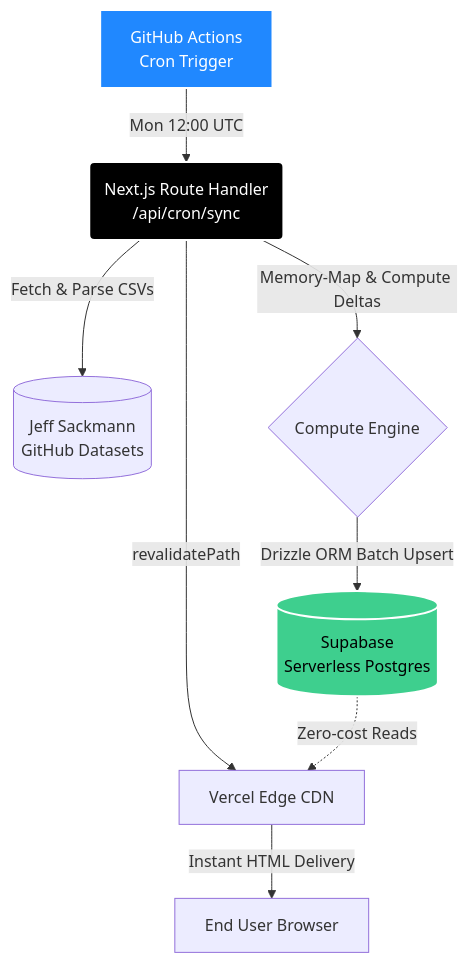
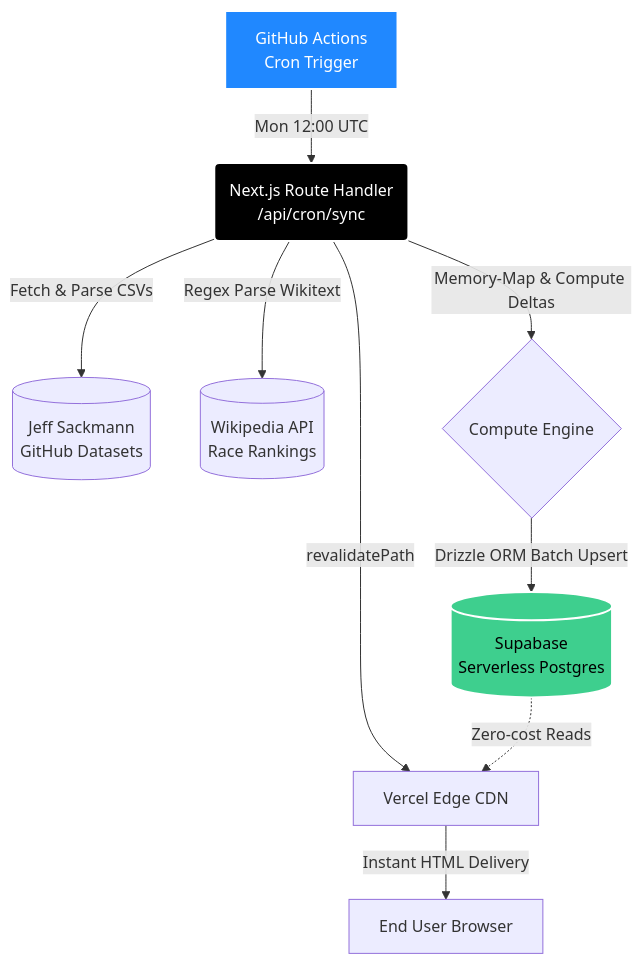
The diagram in README.md (icapsule/VTAWEB), drawn with Mermaid before and after one commit. The commit also changed other lines of this file and 2 other files, not shown here.

Commit message:
docs: update architecture specs with new wikipedia integration

````diff
--- a/README.md
+++ b/README.md
@@ -36,18 +36,19 @@
 ```mermaid
 graph TD
     A[GitHub Actions<br>Cron Trigger] -->|Mon 12:00 UTC| B(Next.js Route Handler<br>/api/cron/sync)
     B -->|Fetch & Parse CSVs| C[(Jeff Sackmann<br>GitHub Datasets)]
+    B -->|Regex Parse Wikitext| W[(Wikipedia API<br>Race Rankings)]
     B -->|Memory-Map & Compute Deltas| D{Compute Engine}
     D -->|Drizzle ORM Batch Upsert| E[(Supabase<br>Serverless Postgres)]
     B -->|revalidatePath| F[Vercel Edge CDN]
     E -.->|Zero-cost Reads| F
     F -->|Instant HTML Delivery| G[End User Browser]
     
     classDef trigger fill:#2088FF,stroke:#fff,stroke-width:2px,color:#fff;
     classDef api fill:#000,stroke:#fff,stroke-width:2px,color:#fff;
     classDef db fill:#3ECF8E,stroke:#fff,stroke-width:2px,color:#000;
     
     class A trigger;
     class B api;
     class E db;
 ```
````
